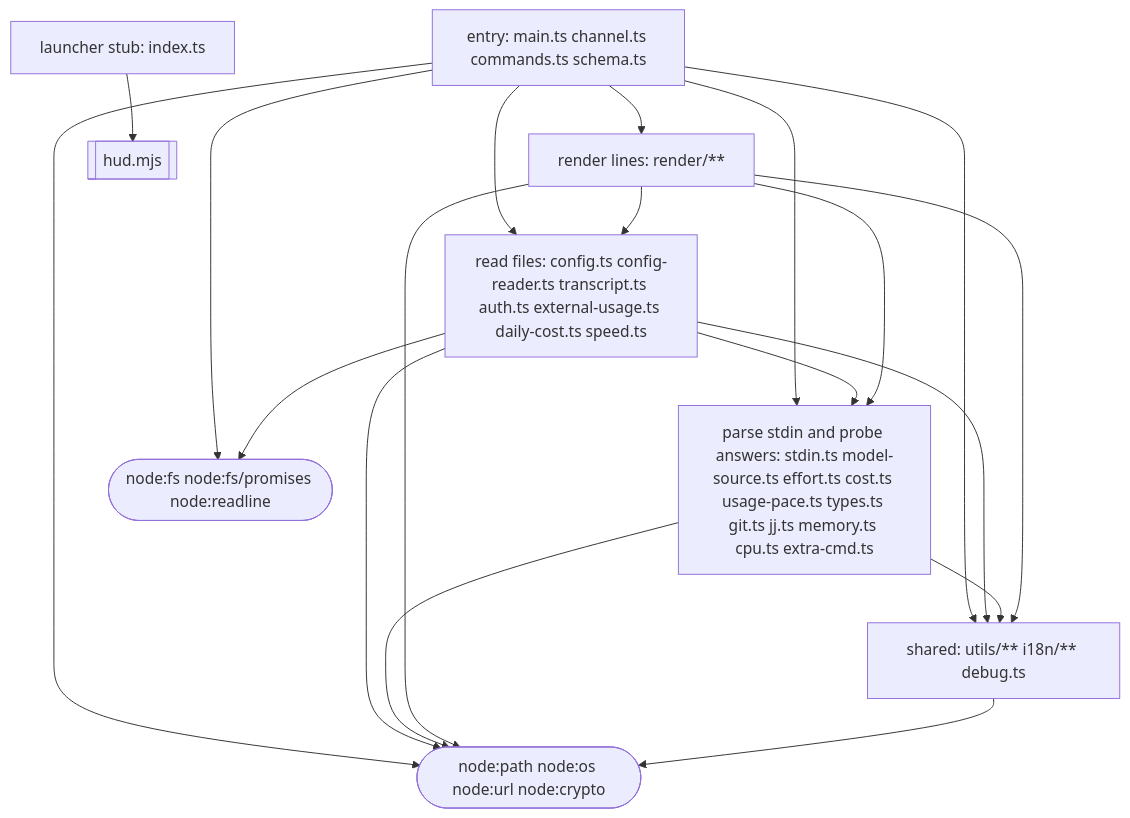
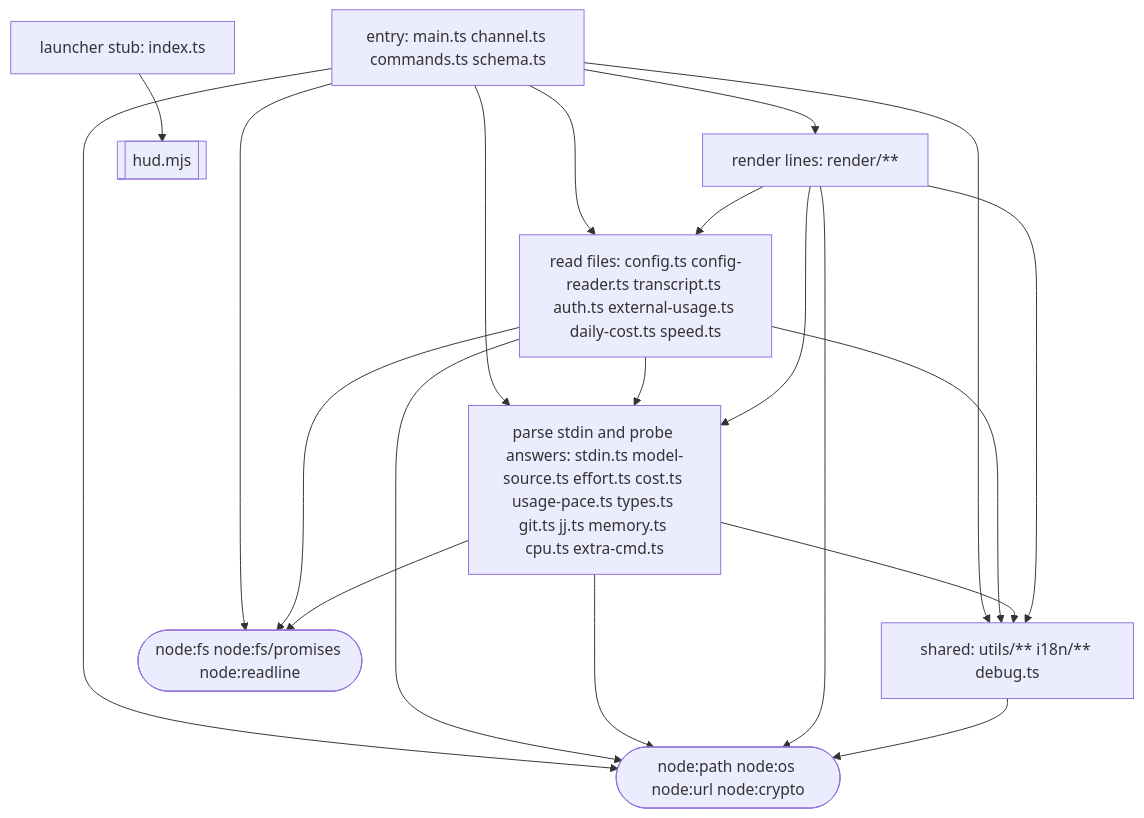
The diagram in ARCHITECTURE.md (jarrodwatts/claude-hud), drawn with Mermaid before and after one commit. The commit also changed 4 other files, not shown here.

````diff
--- a/ARCHITECTURE.md
+++ b/ARCHITECTURE.md
@@ -63,20 +63,20 @@
 ```mermaid
 flowchart TD
   stub["launcher stub: index.ts"]
   entry["entry: main.ts channel.ts commands.ts schema.ts"]
   read["read files: config.ts config-reader.ts transcript.ts auth.ts external-usage.ts daily-cost.ts speed.ts"]
   parse["parse stdin and probe answers: stdin.ts model-source.ts effort.ts cost.ts usage-pace.ts types.ts git.ts jj.ts memory.ts cpu.ts extra-cmd.ts"]
   render["render lines: render/**"]
   shared["shared: utils/** i18n/** debug.ts"]
 
   hud[["hud.mjs"]]
   fsio(["node:fs node:fs/promises node:readline"])
   host(["node:path node:os node:url node:crypto"])
 
   stub --> hud
   entry --> read & parse & render & shared & fsio & host
   read --> parse & shared & fsio & host
-  parse --> shared & host
+  parse --> shared & host & fsio
   render --> read & parse & shared & host
   shared --> host
 ```
````
